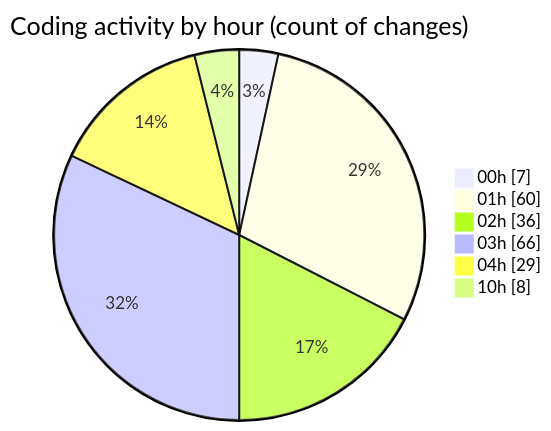
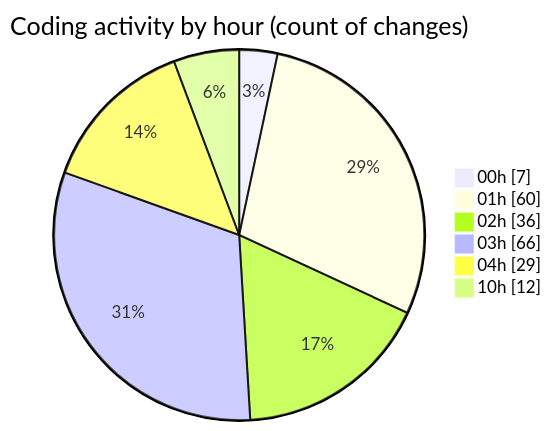
The second of 2 diagrams in 2025-10-07/eventscop-frontend-guide__workspace_/README.md (julien-gomy/code-tracking), drawn with Mermaid before and after one commit. The commit also changed other lines of this file and 1 other file, not shown here.

````diff
--- a/2025-10-07/eventscop-frontend-guide__workspace_/README.md
+++ b/2025-10-07/eventscop-frontend-guide__workspace_/README.md
@@ -98,10 +98,10 @@
 ```mermaid
 pie showData
 title Coding activity by hour (count of changes)
 "00h" : 7
 "01h" : 60
 "02h" : 36
 "03h" : 66
 "04h" : 29
-"10h" : 8
+"10h" : 12
 ```
````
